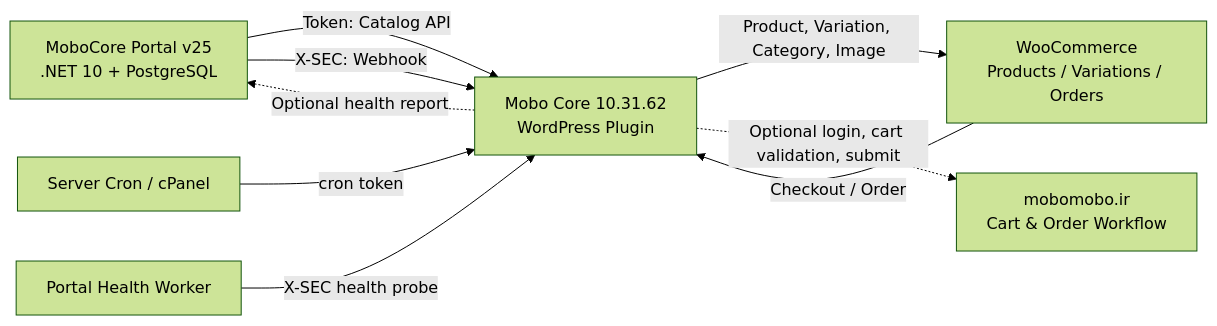
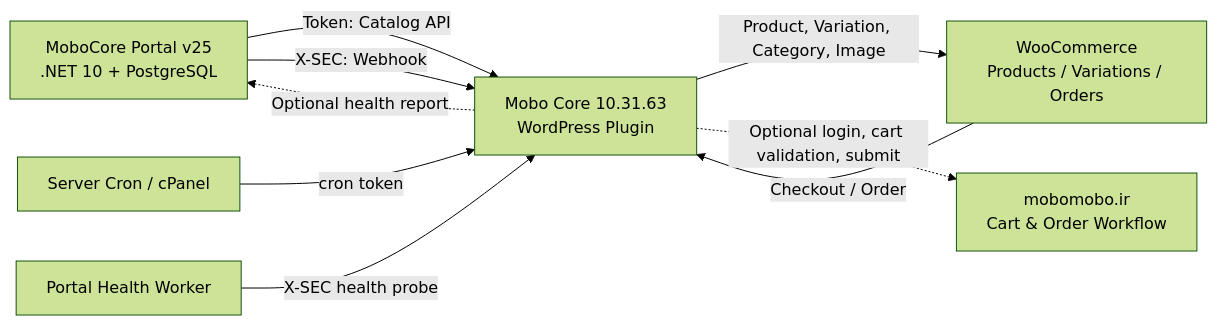
One commit to PedramDev/mobo-core changed the first of 11 diagrams in wp-content/plugins/mobo-core/DIAGRAMS.MD. Above: the diagram before and after it, drawn with Mermaid (forest theme). The commit also changed other lines of this file and 8 other files, not shown here.

````diff
--- a/wp-content/plugins/mobo-core/DIAGRAMS.MD
+++ b/wp-content/plugins/mobo-core/DIAGRAMS.MD
@@ -21,18 +21,18 @@
 ```mermaid
 flowchart LR
     P["MoboCore Portal v25<br/>.NET 10 + PostgreSQL"]
-    W["Mobo Core 10.31.62<br/>WordPress Plugin"]
+    W["Mobo Core 10.31.63<br/>WordPress Plugin"]
     WC["WooCommerce<br/>Products / Variations / Orders"]
     M["mobomobo.ir<br/>Cart & Order Workflow"]
     C["Server Cron / cPanel"]
     H["Portal Health Worker"]
 
     P -- "Token: Catalog API" --> W
     P -- "X-SEC: Webhook" --> W
     W -- "Product, Variation, Category, Image" --> WC
     WC -- "Checkout / Order" --> W
     W -. "Optional login, cart validation, submit" .-> M
     C -- "cron token" --> W
     H -- "X-SEC health probe" --> W
     W -. "Optional health report" .-> P
 ```
````
